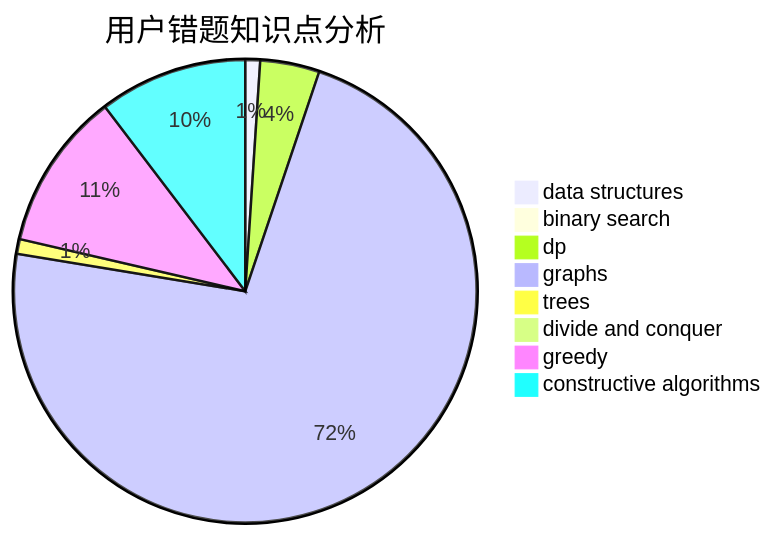
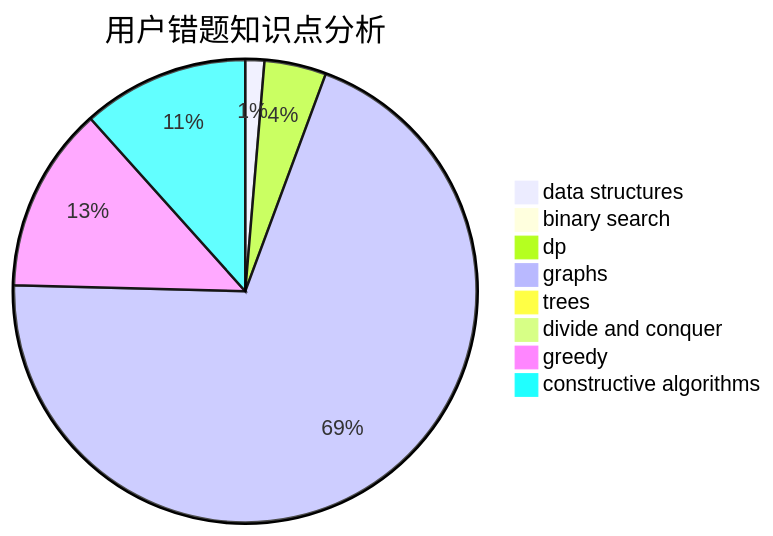
The third of 3 diagrams in docs/user/u2407.md (sherpahu/cfrs.github.io), drawn with Mermaid before and after one commit. The commit also changed other lines of this file and 2770 other files, not shown here.

````diff
--- a/docs/user/u2407.md
+++ b/docs/user/u2407.md
@@ -36,11 +36,11 @@
 ```mermaid
 pie title 用户错题知识点分析
-    "data structures" :  3
+    "data structures" :  4
     "binary search" :  1
-    "dp" :  12
+    "dp" :  13
     "graphs" :  210
     "trees" :  3
     "divide and conquer" :  0
-    "greedy" :  32
-    "constructive algorithms" :  30
+    "greedy" :  39
+    "constructive algorithms" :  35
 ```
````
